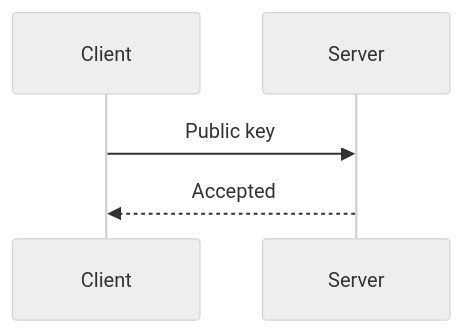
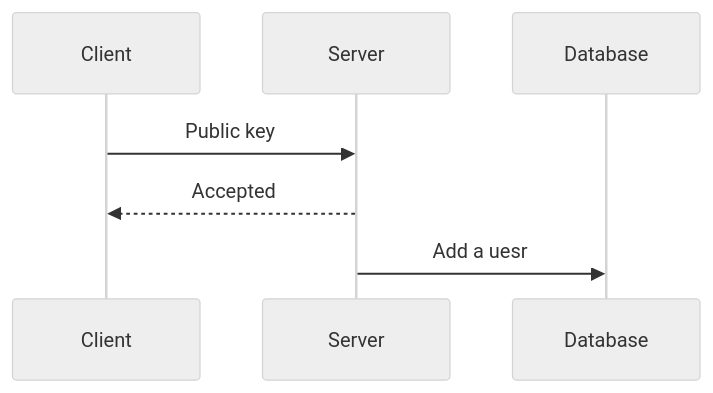
One commit to liplum/ChatIsland changed the first of 2 diagrams in README.md. Above: the diagram before and after it, drawn with Mermaid (neutral theme). The commit also changed other lines of this file, not shown here.

Commit message:
involved in database

````diff
--- a/README.md
+++ b/README.md
@@ -14,7 +14,9 @@
 ```mermaid
 sequenceDiagram
     participant Client
     participant Server
+    participant Database
     Client->>Server: Public key
     Server-->>Client: Accepted
+    Server->>Database: Add a uesr
 ```
````
